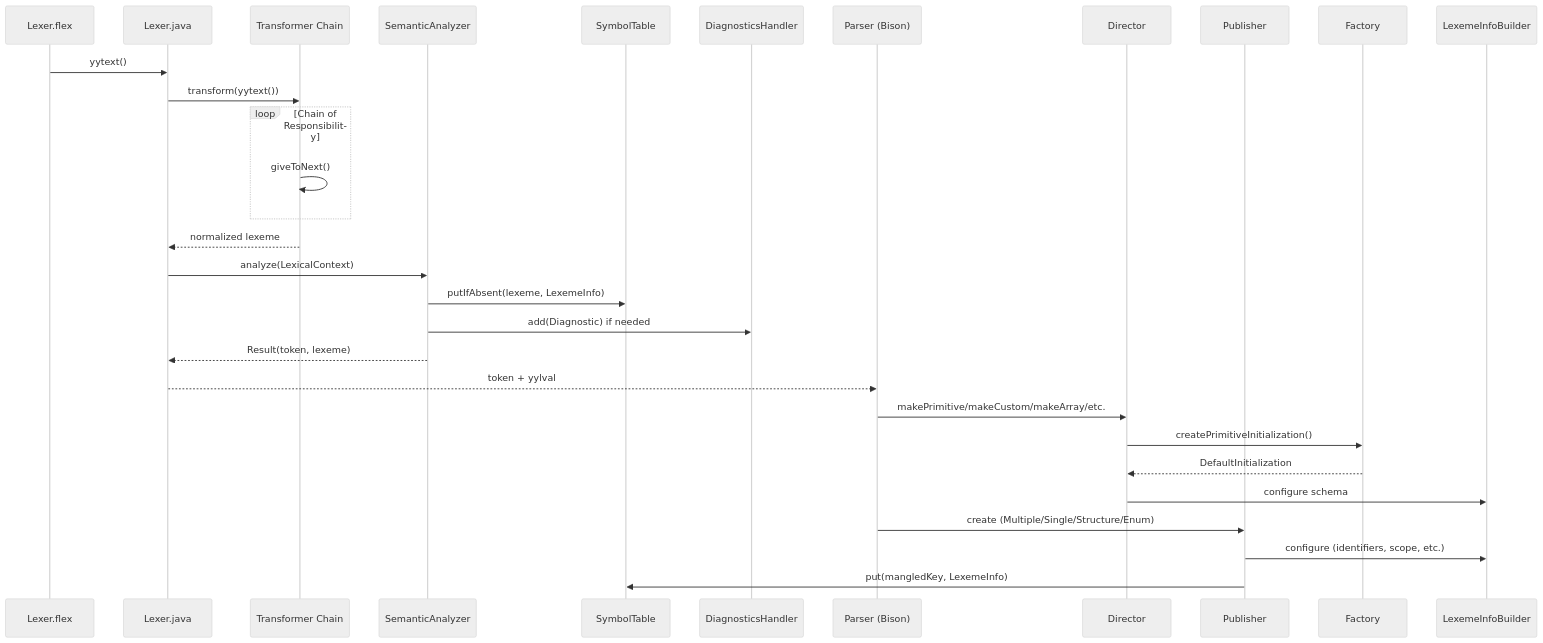
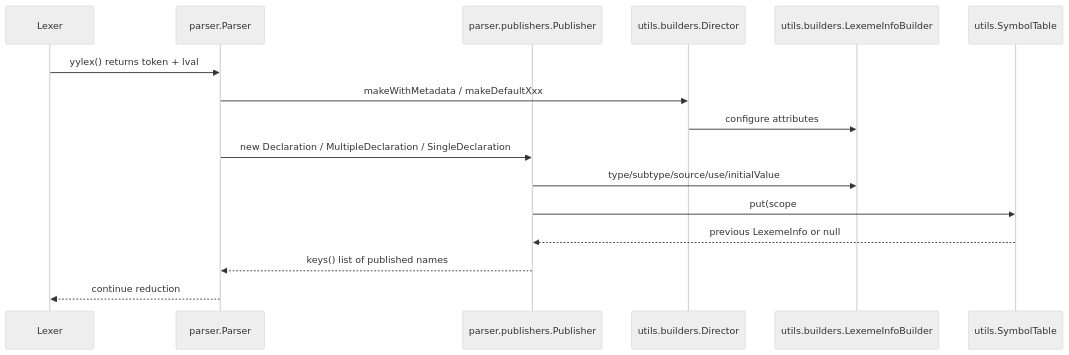
The fourth of 6 diagrams in doc/modules/parser.md (PascalUser/FLC-IEC61131-7), drawn with Mermaid (neutral theme) before and after one commit. The commit also changed other lines of this file and 47 other files, not shown here.

````diff
--- a/doc/modules/parser.md
+++ b/doc/modules/parser.md
@@ -636,32 +619,19 @@
 ```mermaid
 sequenceDiagram
-    participant JFlex as Lexer.flex
-    participant Lexer as Lexer.java
-    participant Transformer as Transformer Chain
-    participant Analyzer as SemanticAnalyzer
-    participant ST as SymbolTable
-    participant Diag as DiagnosticsHandler
-    participant Parser as Parser (Bison)
-    participant Director as Director
-    participant Publisher as Publisher
-    participant Factory as Factory
+    participant Lexer
+    participant Parser as parser.Parser
+    participant Publisher as parser.publishers.Publisher
+    participant Director as utils.builders.Director
+    participant Builder as utils.builders.LexemeInfoBuilder
+    participant ST as utils.SymbolTable
 
-    JFlex->>Lexer: yytext()
-    Lexer->>Transformer: transform(yytext())
-    loop Chain of Responsibility
-        Transformer->>Transformer: giveToNext()
-    end
-    Transformer-->>Lexer: normalized lexeme
-    Lexer->>Analyzer: analyze(LexicalContext)
-    Analyzer->>ST: putIfAbsent(lexeme, LexemeInfo)
-    Analyzer->>Diag: add(Diagnostic) if needed
-    Analyzer-->>Lexer: Result(token, lexeme)
-    Lexer-->>Parser: token + yylval
-    Parser->>Director: makePrimitive/makeCustom/makeArray/etc.
-    Director->>Factory: createPrimitiveInitialization()
-    Factory-->>Director: DefaultInitialization
-    Director->>LexemeInfoBuilder: configure schema
-    Parser->>Publisher: create (Multiple/Single/Structure/Enum)
-    Publisher->>LexemeInfoBuilder: configure (identifiers, scope, etc.)
-    Publisher->>ST: put(mangledKey, LexemeInfo)
+    Lexer->>Parser: yylex() returns token + lval
+    Parser->>Director: makeWithMetadata / makeDefaultXxx
+    Director->>Builder: configure attributes
+    Parser->>Publisher: new Declaration / MultipleDeclaration / SingleDeclaration
+    Publisher->>Builder: type/subtype/source/use/initialValue
+    Publisher->>ST: put(scope#identifier, builder.build())
+    ST-->>Publisher: previous LexemeInfo or null
+    Publisher-->>Parser: keys() list of published names
+    Parser-->>Lexer: continue reduction
 ```
````
